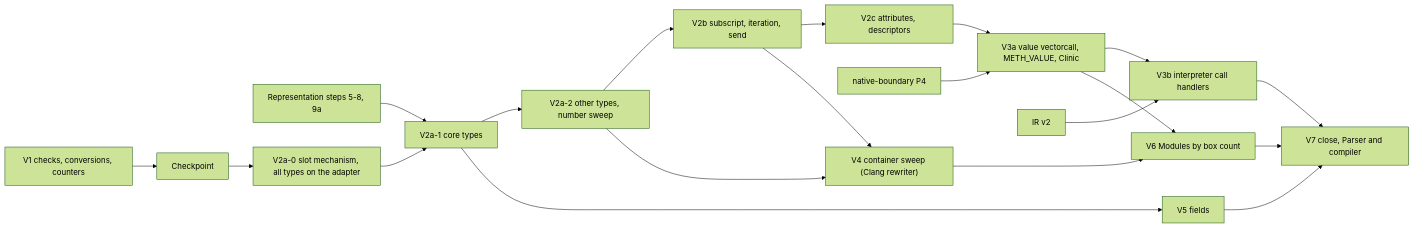
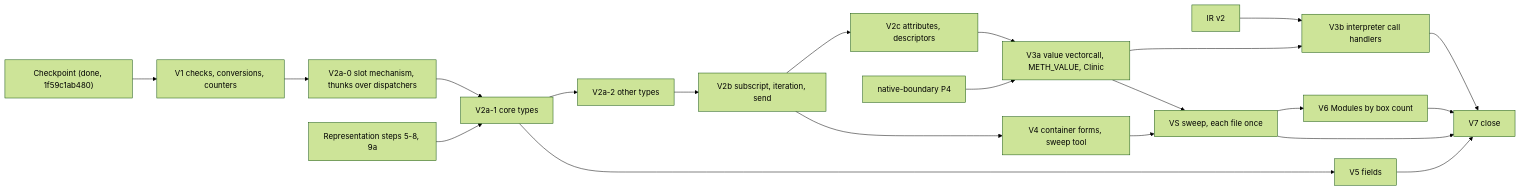
Before and after one commit to rjpower/cpython: the second of 2 diagrams in pyjit/design/value-api.md, drawn with Mermaid (forest theme). The commit also changed other lines of this file, not shown here.

````diff
--- a/pyjit/design/value-api.md
+++ b/pyjit/design/value-api.md
@@ -795,19 +881,20 @@
 ```mermaid
 flowchart LR
+    C["Checkpoint (done, 1f59c1ab480)"] --> V1["V1 checks, conversions, counters"]
+    V1 --> V2a0["V2a-0 slot mechanism, thunks over dispatchers"] --> V2a1["V2a-1 core types"] --> V2a2["V2a-2 other types"]
     R8["Representation steps 5-8, 9a"] --> V2a1
-    V1["V1 checks, conversions, counters"] --> C["Checkpoint"]
-    C --> V2a0["V2a-0 slot mechanism, all types on the adapter"] --> V2a1["V2a-1 core types"] --> V2a2["V2a-2 other types, number sweep"]
     V2a2 --> V2b["V2b subscript, iteration, send"] --> V2c["V2c attributes, descriptors"]
     V2c --> V3a["V3a value vectorcall, METH_VALUE, Clinic"]
     P4["native-boundary P4"] --> V3a
     V3a --> V3b["V3b interpreter call handlers"]
     IR["IR v2"] --> V3b
-    V2a2 --> V4["V4 container sweep (Clang rewriter)"]
-    V2b --> V4
+    V2b --> V4["V4 container forms, sweep tool"]
     V2a1 --> V5["V5 fields"]
-    V3a --> V6["V6 Modules by box count"]
-    V4 --> V6
-    V3b --> V7["V7 close, Parser and compiler"]
+    V3a --> VS["VS sweep, each file once"]
+    V4 --> VS
+    VS --> V6["V6 Modules by box count"]
+    VS --> V7["V7 close"]
+    V3b --> V7
     V5 --> V7
     V6 --> V7
 ```
````
